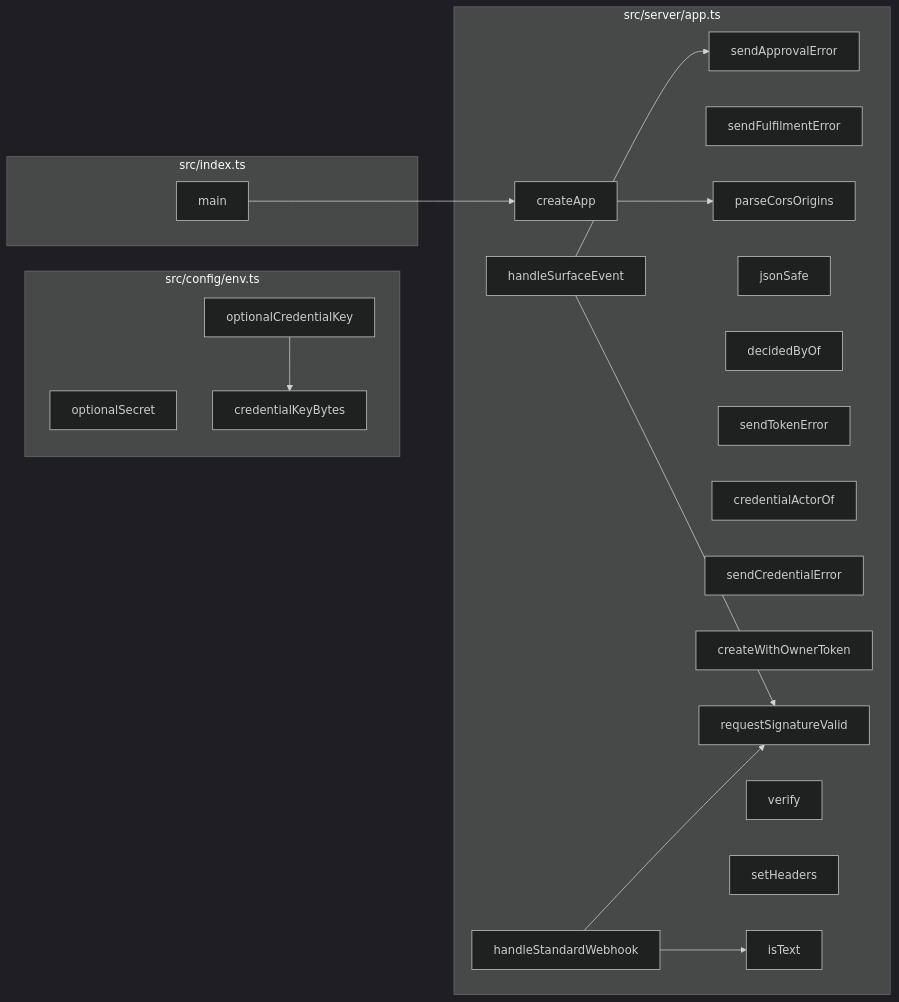
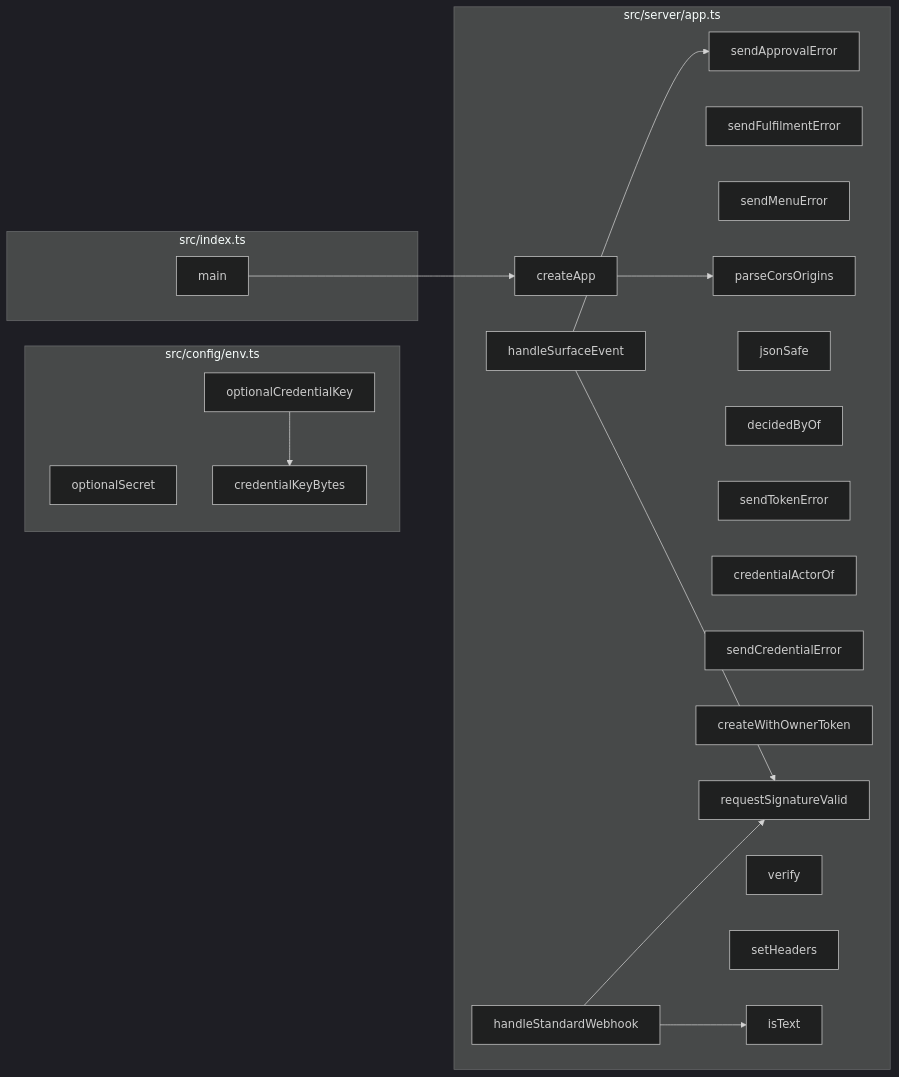
The fourth of 8 diagrams in docs/CODEBASE_MAP.md (Jaydearcadian/bind), drawn with Mermaid (dark theme) before and after one commit. The commit also changed other lines of this file and 10 other files, not shown here.

````diff
--- a/docs/CODEBASE_MAP.md
+++ b/docs/CODEBASE_MAP.md
@@ -248,36 +259,37 @@
 ```mermaid
 flowchart LR
   subgraph F0["src/config/env.ts"]
     n106["optionalSecret"]
     n107["credentialKeyBytes"]
     n108["optionalCredentialKey"]
   end
   subgraph F1["src/index.ts"]
     n166["main"]
   end
   subgraph F2["src/server/app.ts"]
     n187["sendApprovalError"]
     n188["sendFulfilmentError"]
-    n189["parseCorsOrigins"]
-    n190["jsonSafe"]
-    n191["decidedByOf"]
-    n192["sendTokenError"]
-    n193["credentialActorOf"]
-    n194["sendCredentialError"]
-    n195["createWithOwnerToken"]
-    n196["requestSignatureValid"]
-    n197["createApp"]
-    n198["verify"]
-    n199["setHeaders"]
-    n250["handleSurfaceEvent"]
-    n251["handleStandardWebhook"]
-    n252["isText"]
+    n189["sendMenuError"]
+    n190["parseCorsOrigins"]
+    n191["jsonSafe"]
+    n192["decidedByOf"]
+    n193["sendTokenError"]
+    n194["credentialActorOf"]
+    n195["sendCredentialError"]
+    n196["createWithOwnerToken"]
+    n197["requestSignatureValid"]
+    n198["createApp"]
+    n199["verify"]
+    n200["setHeaders"]
+    n261["handleSurfaceEvent"]
+    n262["handleStandardWebhook"]
+    n263["isText"]
   end
   n108 --> n107
-  n166 --> n197
-  n197 --> n189
-  n250 --> n196
-  n250 --> n187
-  n251 --> n196
-  n251 --> n252
+  n166 --> n198
+  n198 --> n190
+  n261 --> n197
+  n261 --> n187
+  n262 --> n197
+  n262 --> n263
 ```
````
